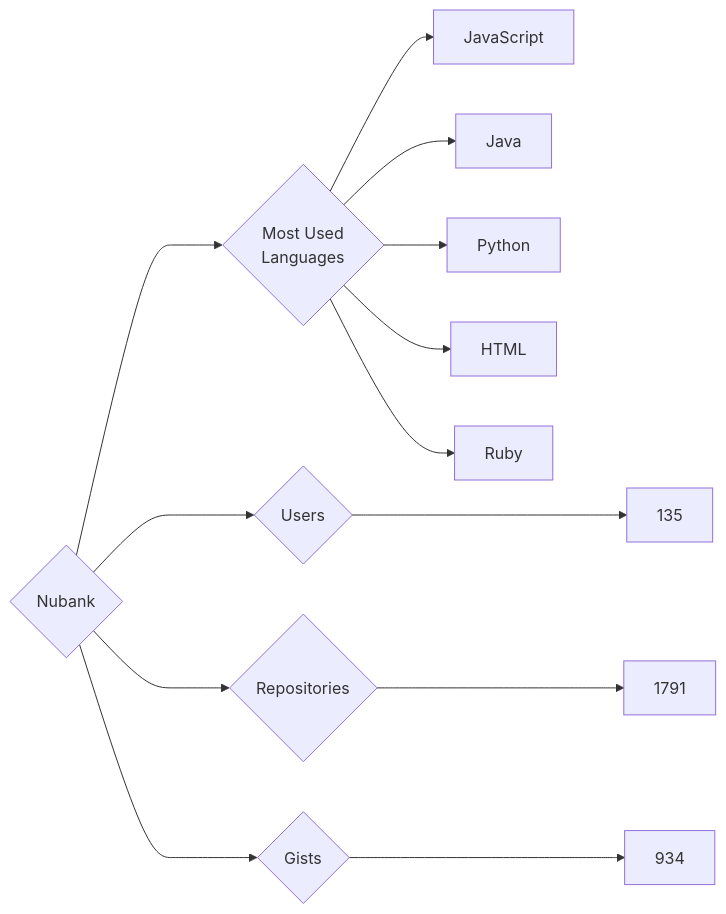
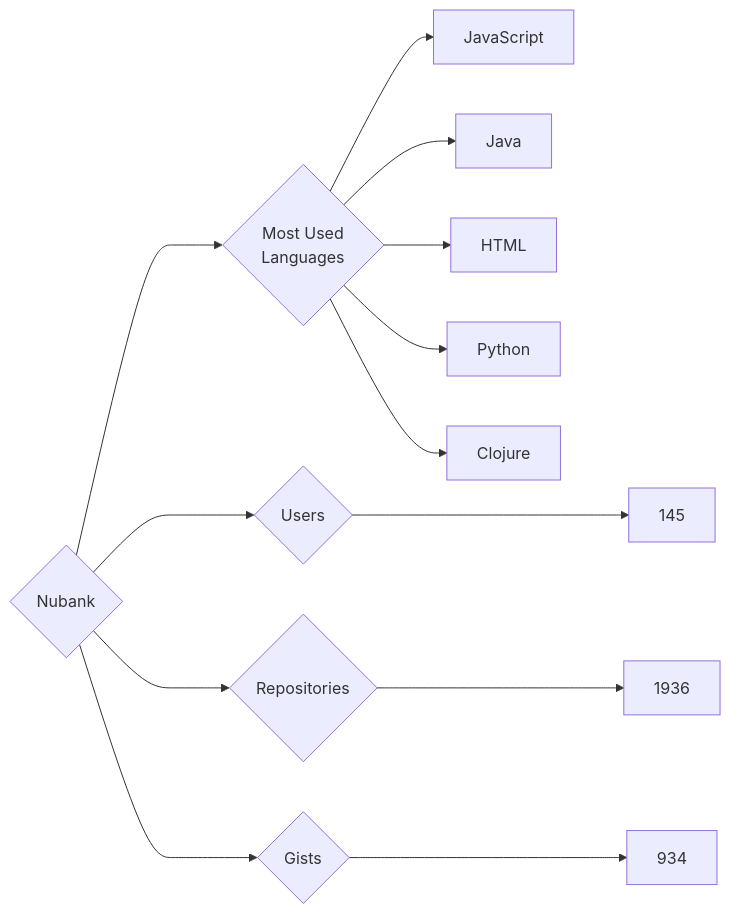
One commit to trickest/insiders changed the diagram in targets/Nubank/README.md. Above: the diagram before and after it, drawn with Mermaid. The commit also changed 895 other files, not shown here.

````diff
--- a/targets/Nubank/README.md
+++ b/targets/Nubank/README.md
@@ -3,13 +3,13 @@
 ```mermaid
 graph LR
 COMPANY_NAME{Nubank}
-COMPANY_NAME ---> U{Users} ---> UN[135]
-COMPANY_NAME ---> R{Repositories} ---> RN[1791]
+COMPANY_NAME ---> U{Users} ---> UN[145]
+COMPANY_NAME ---> R{Repositories} ---> RN[1936]
 COMPANY_NAME ---> G{Gists} ---> GN[934]
 COMPANY_NAME ---> ML{Most Used<br>Languages}
 ML --> JavaScript[JavaScript]
 ML --> Java[Java]
+ML --> HTML[HTML]
 ML --> Python[Python]
-ML --> HTML[HTML]
-ML --> Ruby[Ruby]
+ML --> Clojure[Clojure]
 ```
````
